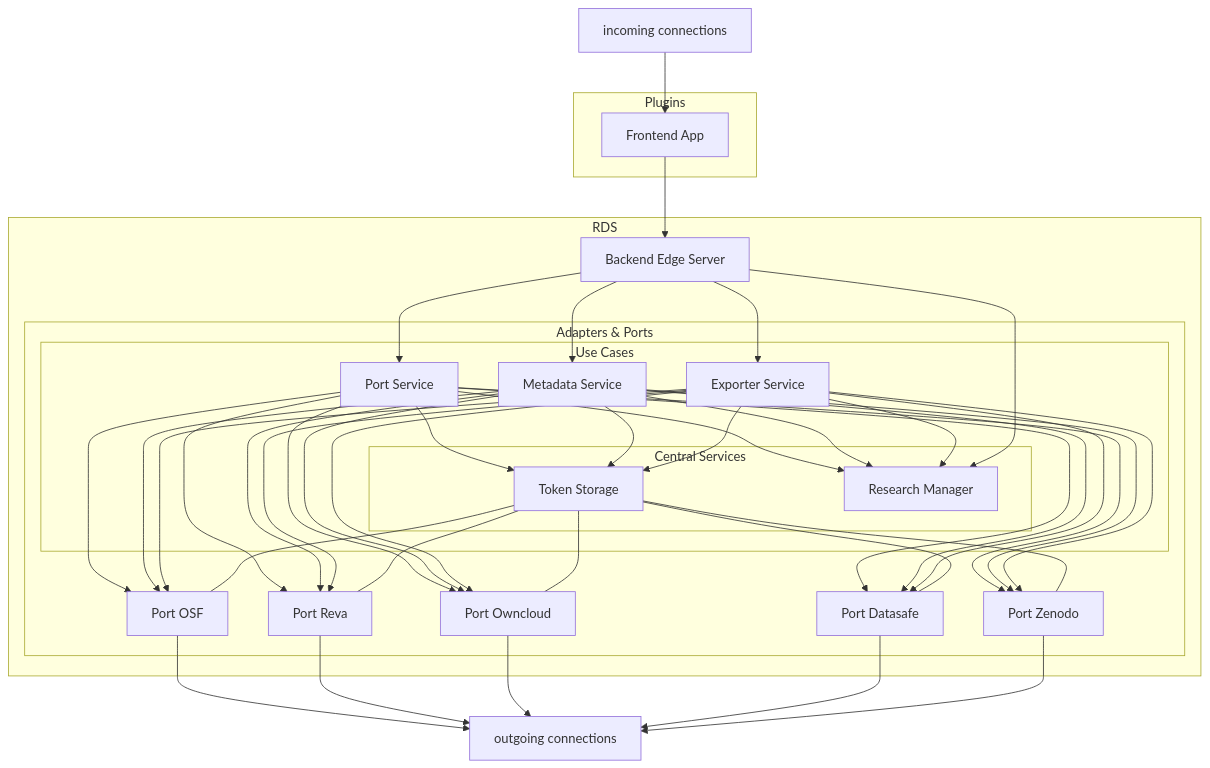
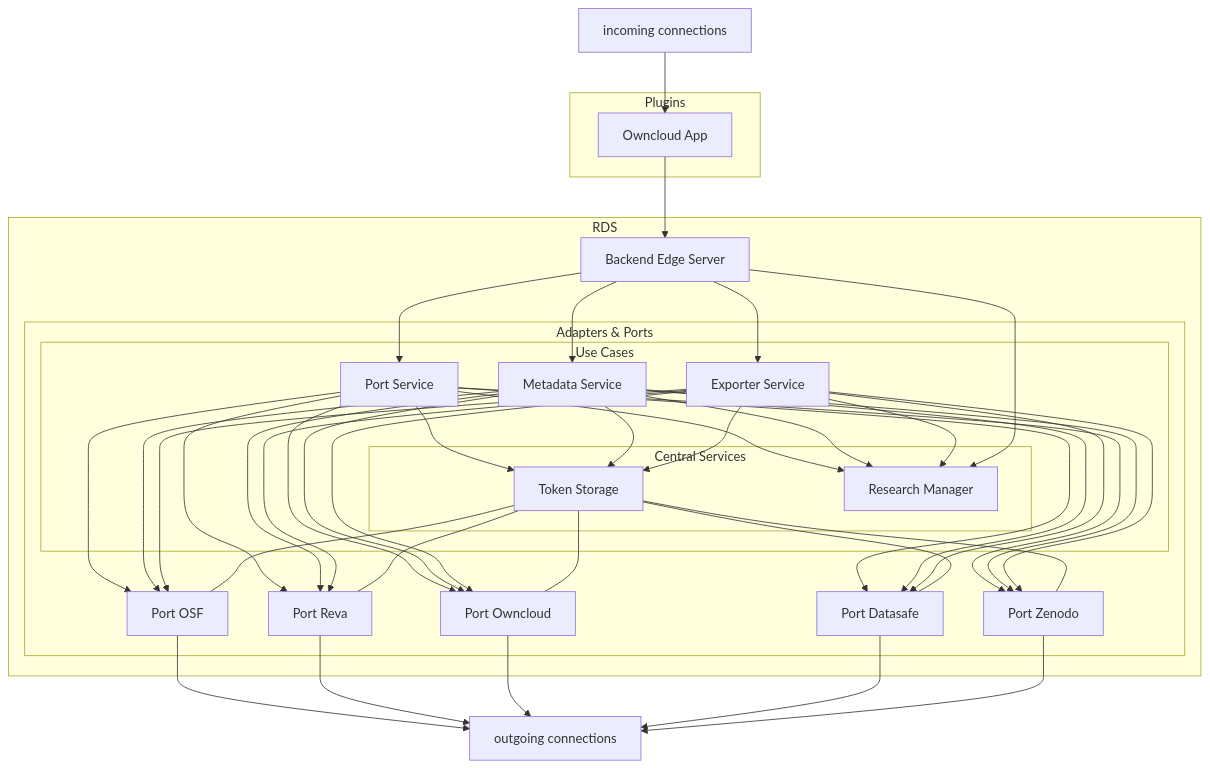
Before and after one commit to Sciebo-RDS/Sciebo-RDS: the diagram in docs/content/doc/impl/infrastructure/ecosystem.md, drawn with Mermaid. The commit also changed 1 other file, not shown here.

````diff
--- a/docs/content/doc/impl/infrastructure/ecosystem.md
+++ b/docs/content/doc/impl/infrastructure/ecosystem.md
@@ -18,70 +18,69 @@
 ```mermaid
 graph TD;
   %% define nodes
 
   subgraph Plugins
-      OP[Frontend App]
+      OP[Owncloud App]
   end
 
   subgraph RDS
     Ingress[Backend Edge Server]
 
     subgraph Adapters & Ports
       %% SPAEx[SPA Exporter]
       %% SPATS[SPA Token Storage]
 
       PInvenio[Port Zenodo]
       POwncloud[Port Owncloud]
       POSF[Port OSF]
       PReva[Port Reva]
       PDatasafe[Port Datasafe]
 
       subgraph Use Cases
         UCExporter[Exporter Service]
         UCPort[Port Service]
         UCMetadata[Metadata Service]
         %% UCProject[Project Service]
 
         subgraph Central Services
           CSToken[Token Storage]
           CSProject[Research Manager]
         end
       end
     end
   end
 
   WWWI[incoming connections]
   WWWO[outgoing connections]
 
   click OP "/doc/impl/plugins/owncloud/"
 
   click PInvenio "/doc/impl/ports/port-invenio"
   click POwncloud "/doc/impl/ports/port-storage"
   click PReva "https://github.com/Sciebo-RDS/port-reva"
   click POSF "/doc/impl/ports/port-osf"
   click PDatasafe "https://github.com/Sciebo-RDS/port_datasafe"
 
   click UCPort "/doc/impl/use-cases/port-service"
   click UCExporter "/doc/impl/use-cases/exporter"
   click UCMetadata "/doc/impl/use-cases/metadata"
 
   click CSProject "/doc/impl/central/research-manager"
   click CSToken ""/doc/impl/central/token-storage""
 
   %% define connections
-  WWWI --> OP
-  OP --> Ingress
+  WWWI --> OP --> Ingress
 
   %% Ingress --> SPAEx --> UCExporter
   %% Ingress --> SPATS --> CSToken
   %% Ingress -->|Nur für die Registration von neuen Tokens| ARegister
   Ingress --> CSProject & UCExporter & UCMetadata & UCPort
 
   %% UCExporter --> UCProject
   %% UCProject --> CSProject
 
   CSToken --- PInvenio & POwncloud & PReva & POSF & PDatasafe
   UCExporter & UCMetadata & UCPort --> PInvenio & POwncloud & PReva & POSF & PDatasafe & CSProject & CSToken
 
   PInvenio & PDatasafe & POwncloud & PReva & POSF --> WWWO
 ```
````
